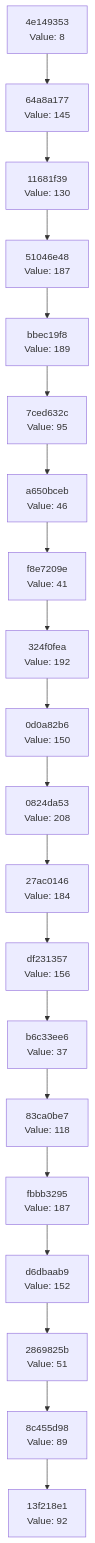
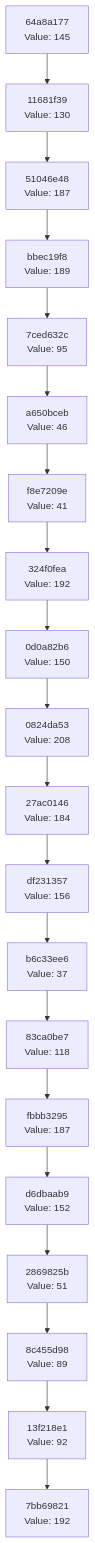
The diagram in docs/CHAIN_VISUALIZATION.md (Abhisheksinha1506/hash-chain-evolver), drawn with Mermaid before and after one commit. The commit also changed 2 other files, not shown here.

Commit message:
Evolution Step

````diff
--- a/docs/CHAIN_VISUALIZATION.md
+++ b/docs/CHAIN_VISUALIZATION.md
@@ -3,42 +3,42 @@
 ```mermaid
 graph TD
-    C0["13f218e1<br/>Value: 92"]
-    C1["8c455d98<br/>Value: 89"]
+    C0["7bb69821<br/>Value: 192"]
+    C1["13f218e1<br/>Value: 92"]
     C1 --> C0
-    C2["2869825b<br/>Value: 51"]
+    C2["8c455d98<br/>Value: 89"]
     C2 --> C1
-    C3["d6dbaab9<br/>Value: 152"]
+    C3["2869825b<br/>Value: 51"]
     C3 --> C2
-    C4["fbbb3295<br/>Value: 187"]
+    C4["d6dbaab9<br/>Value: 152"]
     C4 --> C3
-    C5["83ca0be7<br/>Value: 118"]
+    C5["fbbb3295<br/>Value: 187"]
     C5 --> C4
-    C6["b6c33ee6<br/>Value: 37"]
+    C6["83ca0be7<br/>Value: 118"]
     C6 --> C5
-    C7["df231357<br/>Value: 156"]
+    C7["b6c33ee6<br/>Value: 37"]
     C7 --> C6
-    C8["27ac0146<br/>Value: 184"]
+    C8["df231357<br/>Value: 156"]
     C8 --> C7
-    C9["0824da53<br/>Value: 208"]
+    C9["27ac0146<br/>Value: 184"]
     C9 --> C8
-    C10["0d0a82b6<br/>Value: 150"]
+    C10["0824da53<br/>Value: 208"]
     C10 --> C9
-    C11["324f0fea<br/>Value: 192"]
+    C11["0d0a82b6<br/>Value: 150"]
     C11 --> C10
-    C12["f8e7209e<br/>Value: 41"]
+    C12["324f0fea<br/>Value: 192"]
     C12 --> C11
-    C13["a650bceb<br/>Value: 46"]
+    C13["f8e7209e<br/>Value: 41"]
     C13 --> C12
-    C14["7ced632c<br/>Value: 95"]
+    C14["a650bceb<br/>Value: 46"]
     C14 --> C13
-    C15["bbec19f8<br/>Value: 189"]
+    C15["7ced632c<br/>Value: 95"]
     C15 --> C14
-    C16["51046e48<br/>Value: 187"]
+    C16["bbec19f8<br/>Value: 189"]
     C16 --> C15
-    C17["11681f39<br/>Value: 130"]
+    C17["51046e48<br/>Value: 187"]
     C17 --> C16
-    C18["64a8a177<br/>Value: 145"]
+    C18["11681f39<br/>Value: 130"]
     C18 --> C17
-    C19["4e149353<br/>Value: 8"]
+    C19["64a8a177<br/>Value: 145"]
     C19 --> C18
 ```
````
